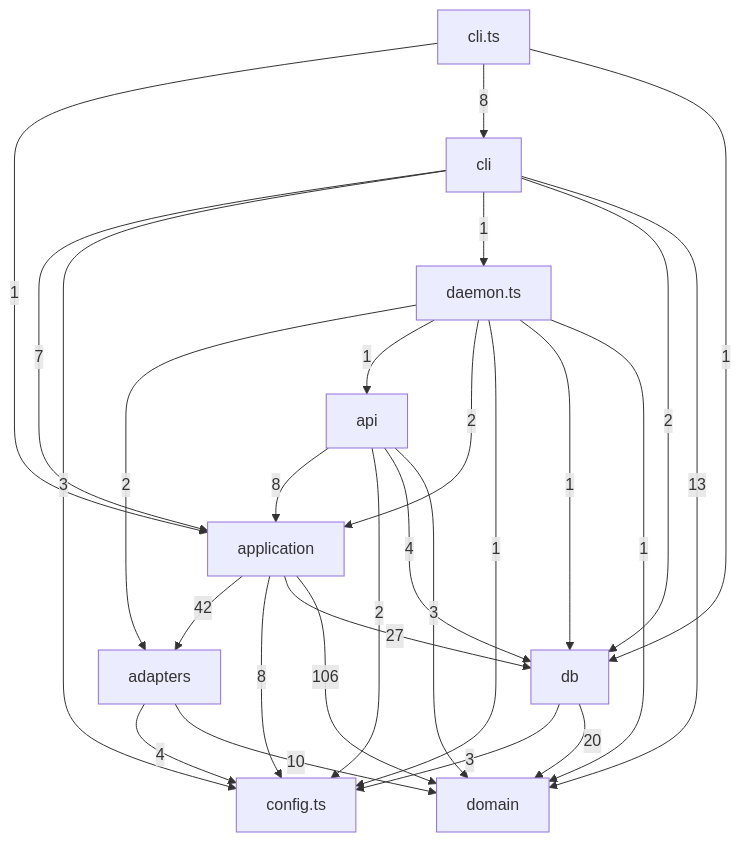
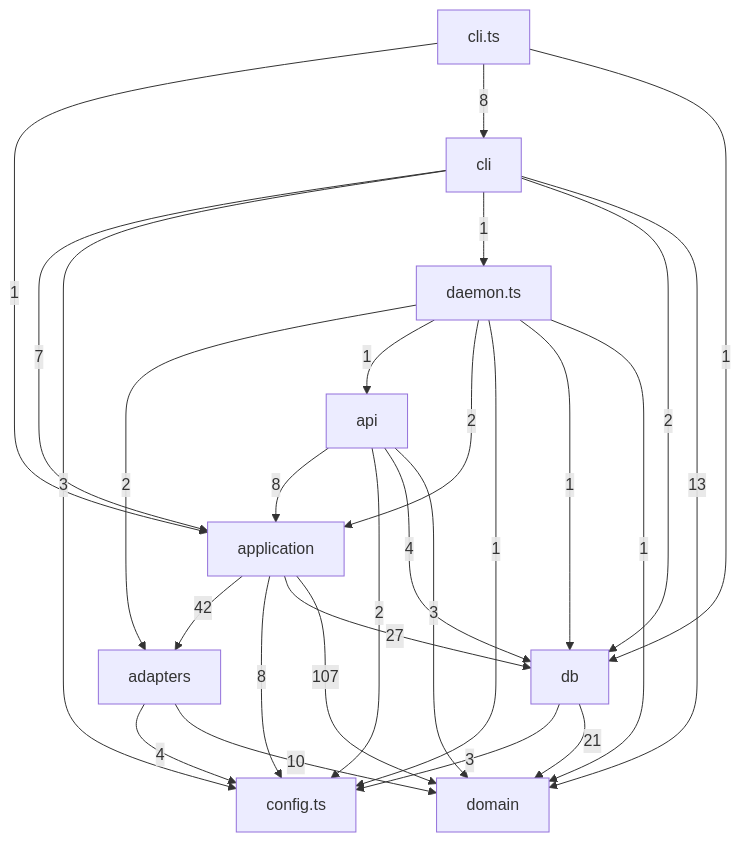
One commit to tomrobdev/agentdeck changed the third of 5 diagrams in docs/architecture.md. Above: the diagram before and after it, drawn with Mermaid. The commit also changed other lines of this file and 15 other files, not shown here.

````diff
--- a/docs/architecture.md
+++ b/docs/architecture.md
@@ -99,38 +101,38 @@
 ```mermaid
 flowchart TD
   adapters["adapters"]
   api["api"]
   application["application"]
   cli["cli"]
   cli_ts["cli.ts"]
   config_ts["config.ts"]
   daemon_ts["daemon.ts"]
   db["db"]
   domain["domain"]
   adapters -->|4| config_ts
   adapters -->|10| domain
   api -->|8| application
   api -->|2| config_ts
   api -->|4| db
   api -->|3| domain
   application -->|42| adapters
   application -->|8| config_ts
   application -->|27| db
-  application -->|106| domain
+  application -->|107| domain
   cli_ts -->|1| application
   cli_ts -->|8| cli
   cli_ts -->|1| db
   cli -->|7| application
   cli -->|3| config_ts
   cli -->|1| daemon_ts
   cli -->|2| db
   cli -->|13| domain
   daemon_ts -->|2| adapters
   daemon_ts -->|1| api
   daemon_ts -->|2| application
   daemon_ts -->|1| config_ts
   daemon_ts -->|1| db
   daemon_ts -->|1| domain
   db -->|3| config_ts
-  db -->|20| domain
+  db -->|21| domain
 ```
````
